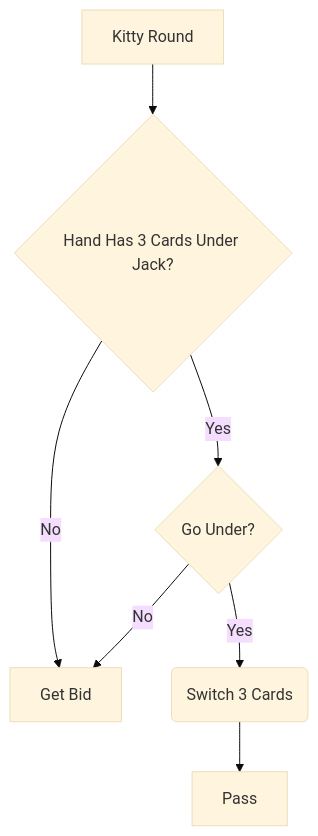
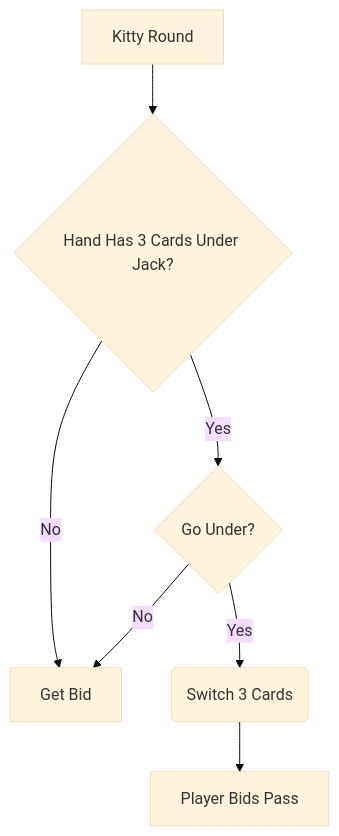
The diagram in Docs/Design/Go Under Feature/Implementation.md (CrazyCanuckCoder/CCCEuchre), drawn with Mermaid (base theme) before and after one commit. The commit also changed other lines of this file, not shown here.

````diff
--- a/Docs/Design/Go Under Feature/Implementation.md
+++ b/Docs/Design/Go Under Feature/Implementation.md
@@ -7,11 +7,11 @@
 ```mermaid
 flowchart TD
     A[Kitty Round] 
     A --> B{Hand Has 3 Cards Under Jack?}
     B -->|Yes| C{Go Under?}
     B -->|No| D[Get Bid]
     C -->|Yes| E(Switch 3 Cards)
     C -->|No| D[Get Bid]
-    E --> F[Pass]
+    E --> F[Player Bids Pass]
     
 ```
````
